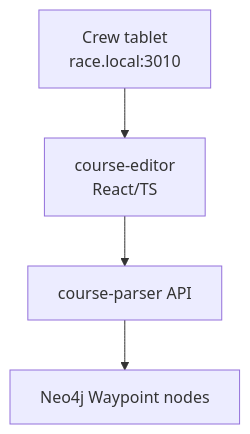
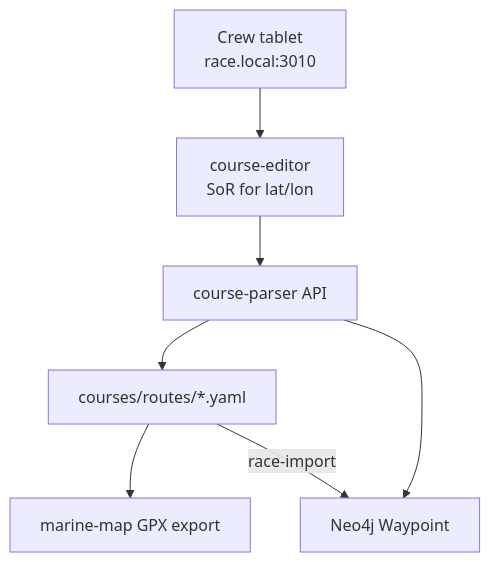
Before and after one commit to cognite-fholm/AI-sailing-system: diagram 20 of 33 in spec.md, drawn with Mermaid. The commit also changed other lines of this file and 9 other files, not shown here.

First line of the commit message:
docs(spec): ADR-0018?0020 ? three-Pi deploy, PredictWind GRIB, course-editor SoR

````diff
--- a/spec.md
+++ b/spec.md
@@ -2033,8 +2084,14 @@
 ```mermaid
 flowchart TB
     USER["Crew tablet\nrace.local:3010"]
-    EDITOR["course-editor\nReact/TS"]
+    EDITOR["course-editor\nSoR for lat/lon"]
+    YAML["courses/routes/*.yaml"]
     API["course-parser API"]
-    N4J["Neo4j Waypoint nodes"]
-    USER --> EDITOR --> API --> N4J
+    N4J["Neo4j Waypoint"]
+    GPX["marine-map GPX export"]
+    USER --> EDITOR --> API
+    API --> YAML
+    API --> N4J
+    YAML --> GPX
+    YAML -->|race-import| N4J
 ```
````
